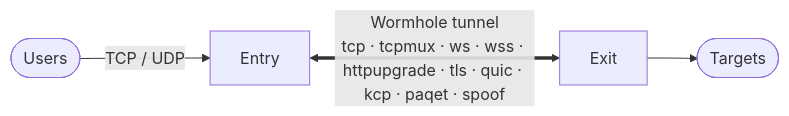
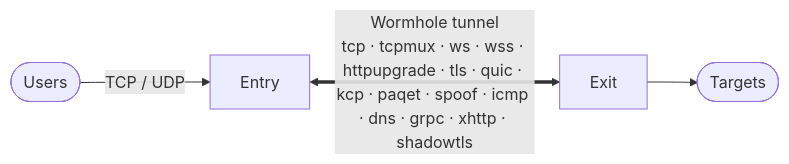
One commit to ByeCoder/Wormhole changed the diagram in README.md. Above: the diagram before and after it, drawn with Mermaid. The commit also changed other lines of this file and 1 other file, not shown here.

````diff
--- a/README.md
+++ b/README.md
@@ -35,6 +35,6 @@
 ```mermaid
 flowchart LR
     U([Users]) -->|TCP / UDP| E[Entry]
-    E <==>|"Wormhole tunnel<br/>tcp · tcpmux · ws · wss · httpupgrade · tls · quic · kcp · paqet · spoof"| X[Exit]
+    E <==>|"Wormhole tunnel<br/>tcp · tcpmux · ws · wss · httpupgrade · tls · quic · kcp · paqet · spoof · icmp · dns · grpc · xhttp · shadowtls"| X[Exit]
     X --> T([Targets])
 ```
````
